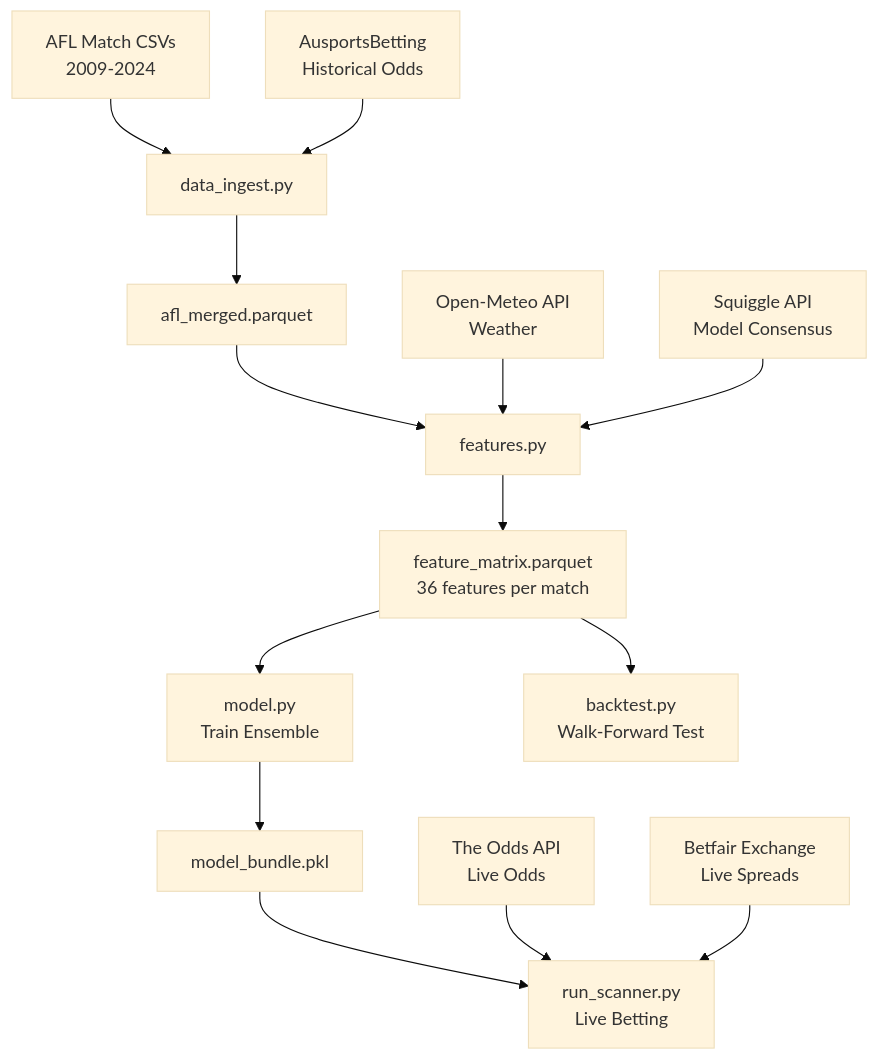
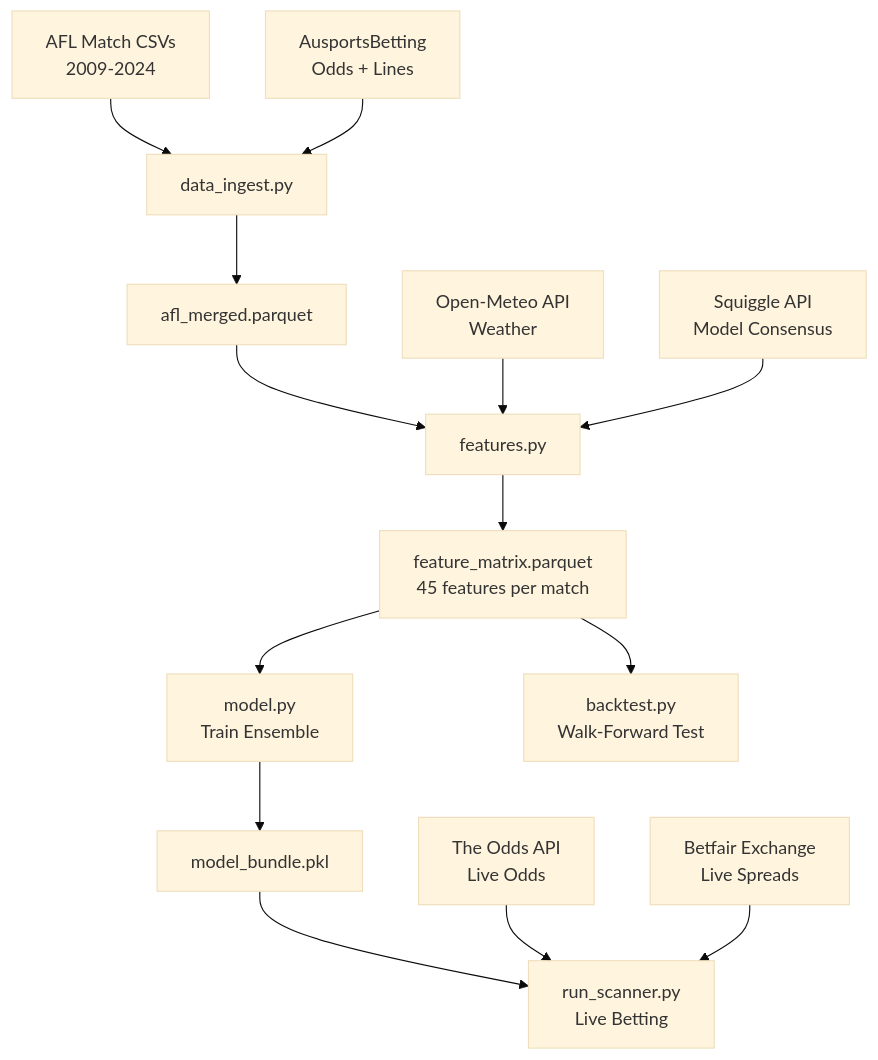
The second of 2 diagrams in README.md (plwp/afl-betting), drawn with Mermaid (base theme) before and after one commit. The commit also changed other lines of this file and 15 other files, not shown here.

````diff
--- a/README.md
+++ b/README.md
@@ -210,16 +233,16 @@
 ```mermaid
 graph TD
     A[AFL Match CSVs<br/>2009-2024] --> D[data_ingest.py]
-    B[AusportsBetting<br/>Historical Odds] --> D
+    B[AusportsBetting<br/>Odds + Lines] --> D
     D --> E[afl_merged.parquet]
     E --> F[features.py]
     G[Open-Meteo API<br/>Weather] --> F
     H[Squiggle API<br/>Model Consensus] --> F
-    F --> J[feature_matrix.parquet<br/>36 features per match]
+    F --> J[feature_matrix.parquet<br/>45 features per match]
     J --> K[model.py<br/>Train Ensemble]
     J --> L[backtest.py<br/>Walk-Forward Test]
     K --> M[model_bundle.pkl]
     M --> N[run_scanner.py<br/>Live Betting]
     O[The Odds API<br/>Live Odds] --> N
     P[Betfair Exchange<br/>Live Spreads] --> N
 ```
````
